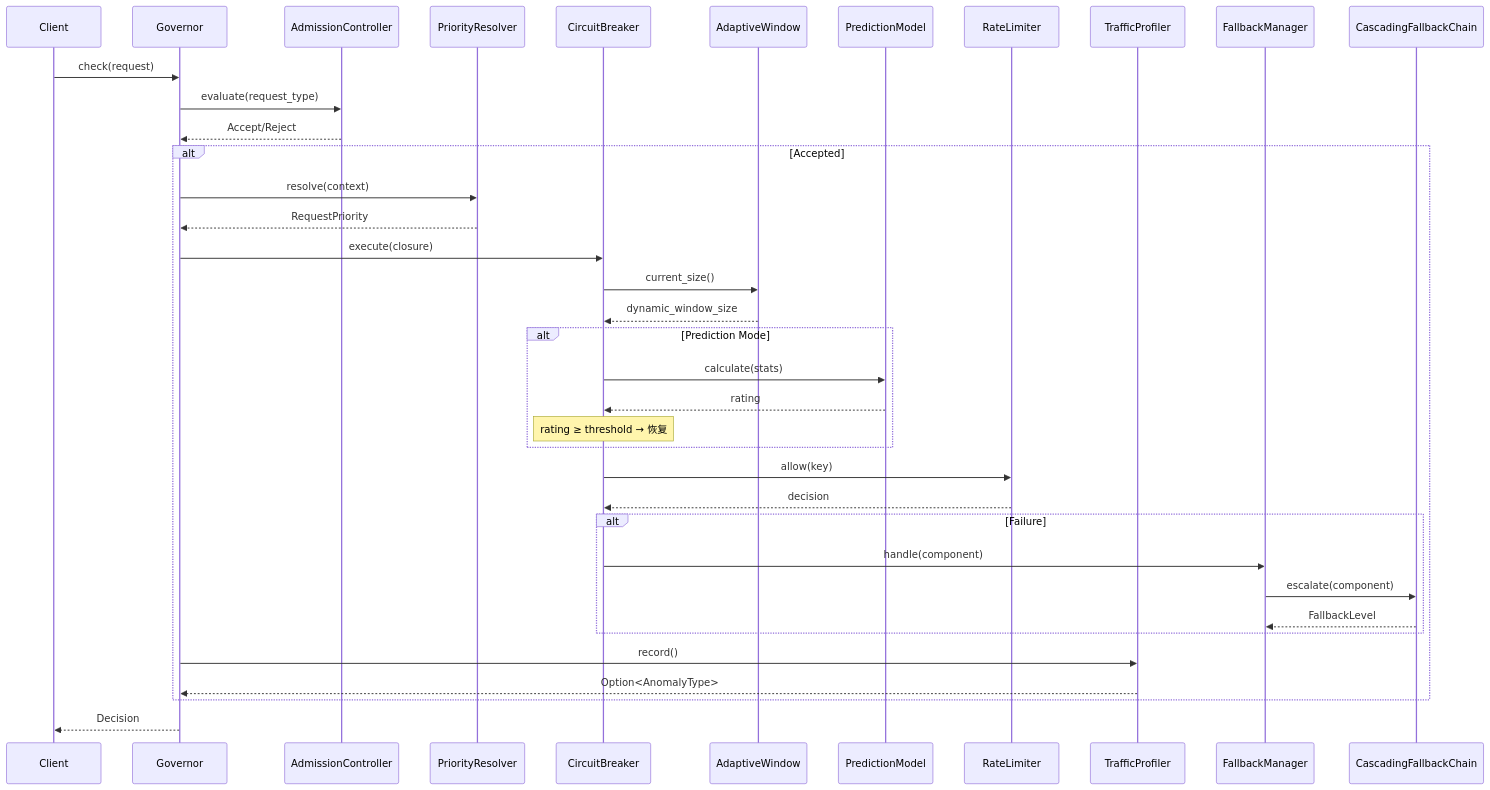
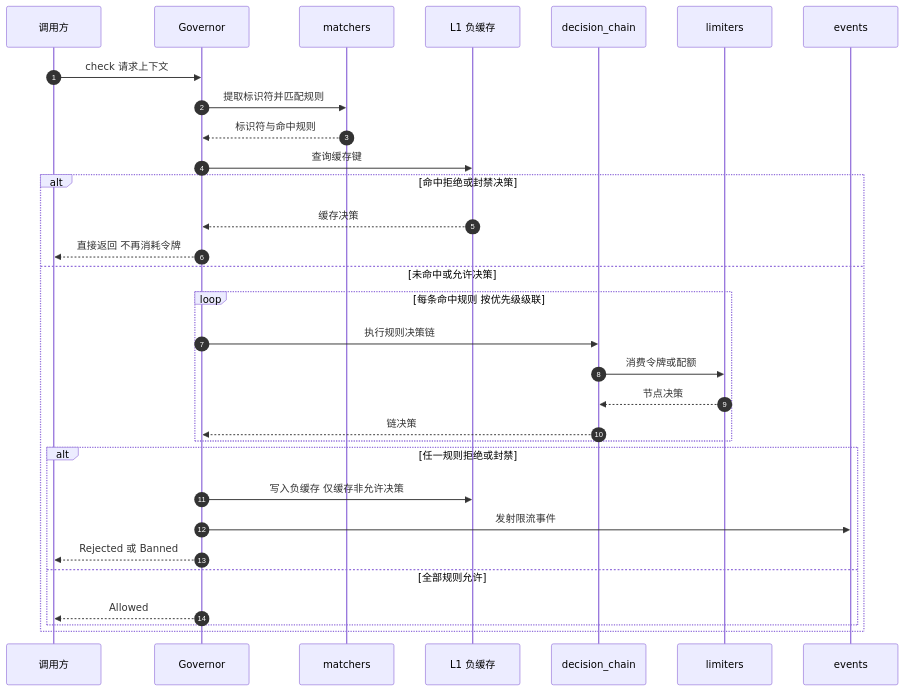
One commit to Kirky-X/limiteron changed the second of 3 diagrams in docs/ARCHITECTURE.md. Above: the diagram before and after it, drawn with Mermaid. The commit also changed other lines of this file and 10 other files, not shown here.

Commit message:
docs(limiteron): docs 文档套件统一优化 — emoji 化 h2 与折叠目录、文档间交叉链接网络、架构/数据流 mermaid 图、结构化内容表格化、清除内部任务追踪引用；失真内容对照 src/ 源码修正，基准数字与安全承诺口径原样保留

````diff
--- a/docs/ARCHITECTURE.md
+++ b/docs/ARCHITECTURE.md
@@ -140,47 +53,34 @@
 ```mermaid
 sequenceDiagram
-    participant Client
-    participant Governor
-    participant Admission as AdmissionController
-    participant Priority as PriorityResolver
-    participant Circuit as CircuitBreaker
-    participant AW as AdaptiveWindow
-    participant PM as PredictionModel
-    participant Limiter as RateLimiter
-    participant Profiler as TrafficProfiler
-    participant Fallback as FallbackManager
-    participant Cascading as CascadingFallbackChain
+    autonumber
+    participant C as 调用方
+    participant G as Governor
+    participant M as matchers
+    participant L as L1 负缓存
+    participant D as decision_chain
+    participant R as limiters
+    participant E as events
 
-    Client->>Governor: check(request)
-    Governor->>Admission: evaluate(request_type)
-    Admission-->>Governor: Accept/Reject
-
-    alt Accepted
-        Governor->>Priority: resolve(context)
-        Priority-->>Governor: RequestPriority
-
-        Governor->>Circuit: execute(closure)
-        Circuit->>AW: current_size()
-        AW-->>Circuit: dynamic_window_size
-
-        alt Prediction Mode
-            Circuit->>PM: calculate(stats)
-            PM-->>Circuit: rating
-            Note over Circuit: rating ≥ threshold → 恢复
+    C->>G: check 请求上下文
+    G->>M: 提取标识符并匹配规则
+    M-->>G: 标识符与命中规则
+    G->>L: 查询缓存键
+    alt 命中拒绝或封禁决策
+        L-->>G: 缓存决策
+        G-->>C: 直接返回 不再消耗令牌
+    else 未命中或允许决策
+        loop 每条命中规则 按优先级级联
+            G->>D: 执行规则决策链
+            D->>R: 消费令牌或配额
+            R-->>D: 节点决策
+            D-->>G: 链决策
         end
-
-        Circuit->>Limiter: allow(key)
-        Limiter-->>Circuit: decision
-
-        alt Failure
-            Circuit->>Fallback: handle(component)
-            Fallback->>Cascading: escalate(component)
-            Cascading-->>Fallback: FallbackLevel
+        alt 任一规则拒绝或封禁
+            G->>L: 写入负缓存 仅缓存非允许决策
+            G->>E: 发射限流事件
+            G-->>C: Rejected 或 Banned
+        else 全部规则允许
+            G-->>C: Allowed
         end
-
-        Governor->>Profiler: record()
-        Profiler-->>Governor: Option<AnomalyType>
     end
-
-    Governor-->>Client: Decision
 ```
````
